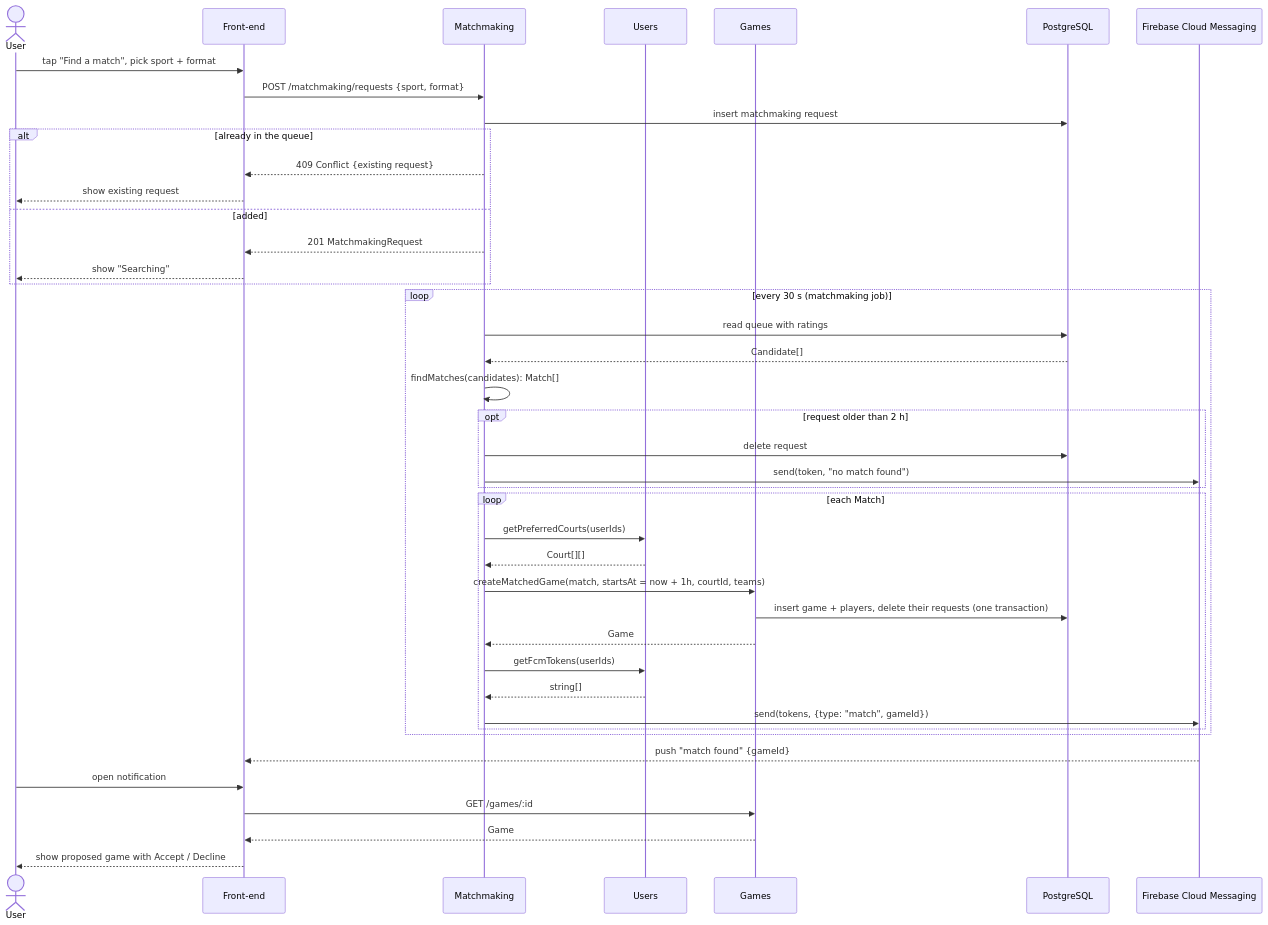
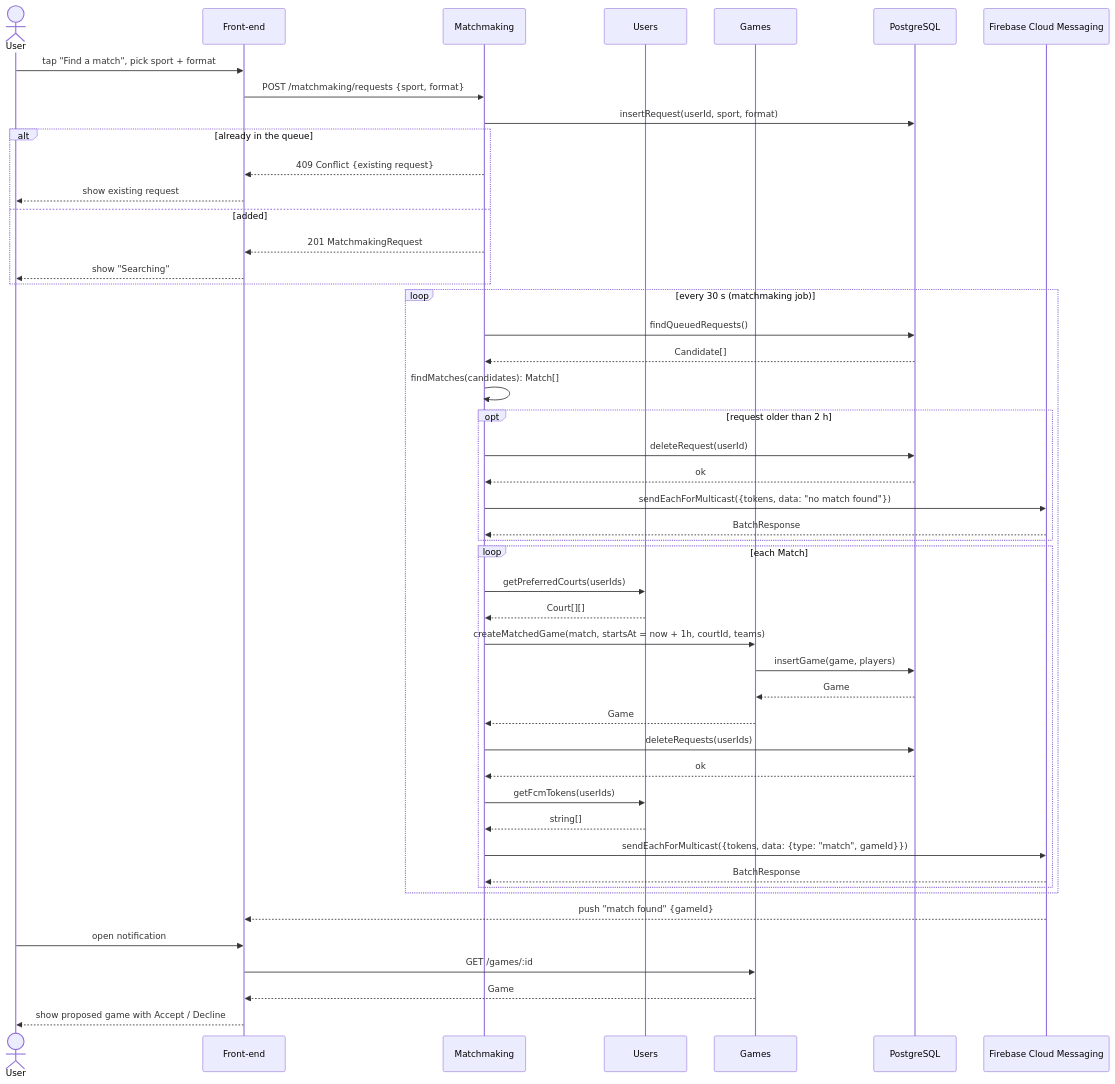
One commit to donut-cpen321/donut changed the third of 7 diagrams in documentation/Requirements_and_Design.md. Above: the diagram before and after it, drawn with Mermaid. The commit also changed other lines of this file, not shown here.

````diff
--- a/documentation/Requirements_and_Design.md
+++ b/documentation/Requirements_and_Design.md
@@ -553,47 +564,53 @@
 ```mermaid
 sequenceDiagram
     actor User
     participant FE as Front-end
     participant MM as Matchmaking
     participant U as Users
     participant G as Games
     participant DB as PostgreSQL
     participant FCM as Firebase Cloud Messaging
 
     User->>FE: tap "Find a match", pick sport + format
     FE->>MM: POST /matchmaking/requests {sport, format}
-    MM->>DB: insert matchmaking request
+    MM->>DB: insertRequest(userId, sport, format)
     alt already in the queue
         MM-->>FE: 409 Conflict {existing request}
         FE-->>User: show existing request
     else added
         MM-->>FE: 201 MatchmakingRequest
         FE-->>User: show "Searching"
     end
 
     loop every 30 s (matchmaking job)
-        MM->>DB: read queue with ratings
+        MM->>DB: findQueuedRequests()
         DB-->>MM: Candidate[]
         MM->>MM: findMatches(candidates): Match[]
         opt request older than 2 h
-            MM->>DB: delete request
-            MM->>FCM: send(token, "no match found")
+            MM->>DB: deleteRequest(userId)
+            DB-->>MM: ok
+            MM->>FCM: sendEachForMulticast({tokens, data: "no match found"})
+            FCM-->>MM: BatchResponse
         end
         loop each Match
             MM->>U: getPreferredCourts(userIds)
             U-->>MM: Court[][]
             MM->>G: createMatchedGame(match, startsAt = now + 1h, courtId, teams)
-            G->>DB: insert game + players, delete their requests (one transaction)
+            G->>DB: insertGame(game, players)
+            DB-->>G: Game
             G-->>MM: Game
+            MM->>DB: deleteRequests(userIds)
+            DB-->>MM: ok
             MM->>U: getFcmTokens(userIds)
             U-->>MM: string[]
-            MM->>FCM: send(tokens, {type: "match", gameId})
+            MM->>FCM: sendEachForMulticast({tokens, data: {type: "match", gameId}})
+            FCM-->>MM: BatchResponse
         end
     end
 
     FCM-->>FE: push "match found" {gameId}
     User->>FE: open notification
     FE->>G: GET /games/:id
     G-->>FE: Game
     FE-->>User: show proposed game with Accept / Decline
 ```
````
